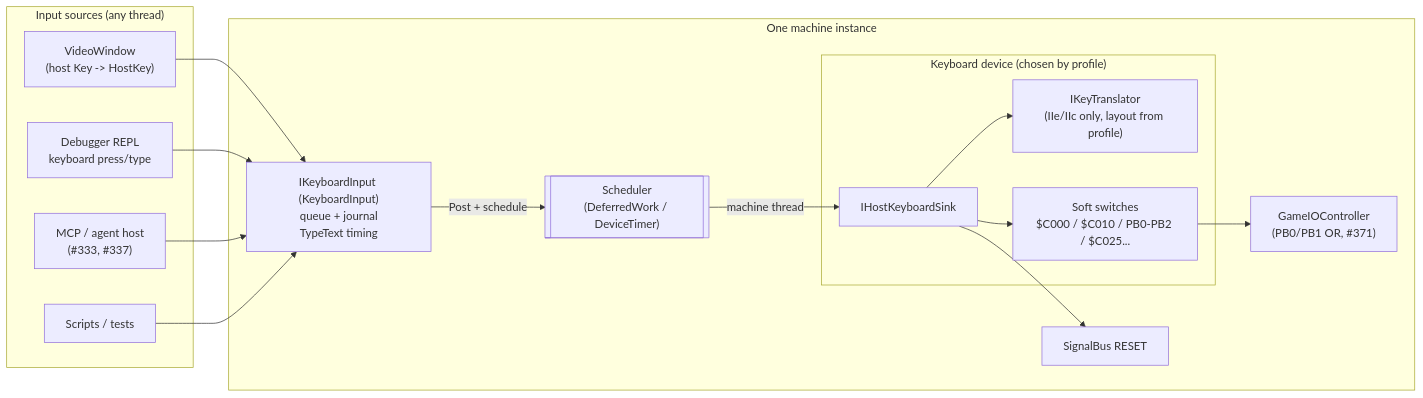
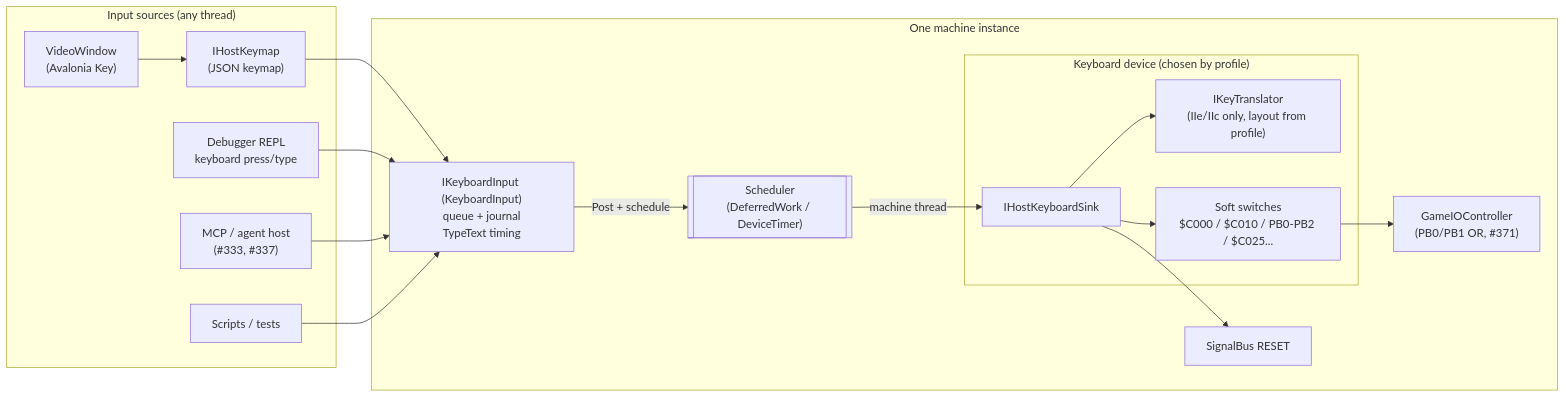
The diagram in KEYBOARD-SYSTEM-PRD.md (Bad-Mango-Solutions/back-pocket-basic), drawn with Mermaid before and after one commit. The commit also changed other lines of this file, not shown here.

First line of the commit message:
Docs: rename HostKey to KeyboardKey and add a JSON host keymap

````diff
--- a/KEYBOARD-SYSTEM-PRD.md
+++ b/KEYBOARD-SYSTEM-PRD.md
@@ -72,32 +72,34 @@
 ```mermaid
 flowchart LR
   subgraph Host["Input sources (any thread)"]
-    VW["VideoWindow<br/>(host Key -> HostKey)"]
+    VW["VideoWindow<br/>(Avalonia Key)"]
+    KM["IHostKeymap<br/>(JSON keymap)"]
     REPL["Debugger REPL<br/>keyboard press/type"]
     MCP["MCP / agent host<br/>(#333, #337)"]
     SCR["Scripts / tests"]
   end
 
   subgraph Machine["One machine instance"]
     IN["IKeyboardInput (KeyboardInput)<br/>queue + journal<br/>TypeText timing"]
     SCH[["Scheduler<br/>(DeferredWork / DeviceTimer)"]]
     subgraph KB["Keyboard device (chosen by profile)"]
       SINK["IHostKeyboardSink"]
       TR["IKeyTranslator<br/>(IIe/IIc only, layout from profile)"]
       SS["Soft switches<br/>$C000 / $C010 / PB0-PB2 / $C025..."]
     end
     GIO["GameIOController<br/>(PB0/PB1 OR, #371)"]
     SIG["SignalBus RESET"]
   end
 
-  VW --> IN
+  VW --> KM
+  KM --> IN
   REPL --> IN
   MCP --> IN
   SCR --> IN
   IN -- "Post + schedule" --> SCH
   SCH -- "machine thread" --> SINK
   SINK --> TR
   SINK --> SS
   SS --> GIO
   SINK --> SIG
 ```
````
